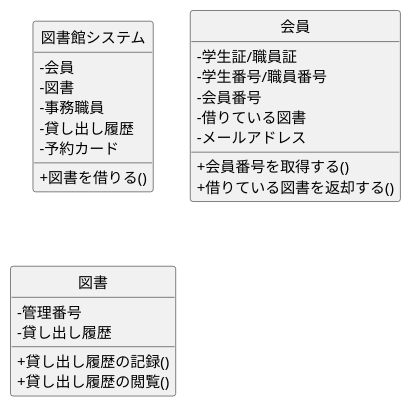
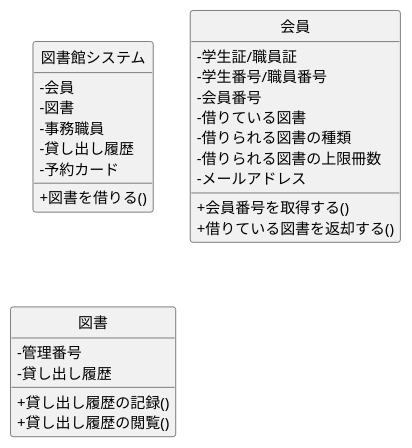
The diagram in kouka/class.pu (FujikawaHirono0520/group3_1_dogdog), drawn with PlantUML before and after one commit.

Commit message:
制約の追記

```diff
--- a/kouka/class.pu
+++ b/kouka/class.pu
@@ -1,35 +1,37 @@
 @startuml 図書館システム-クラス図
 
 skinparam classAttributeIconSize 0
 hide circle
 
 class 図書館システム {
  -会員
  -図書
  -事務職員
  -貸し出し履歴
  -予約カード
 
  +図書を借りる()
 }
 
 class 会員 {
  -学生証/職員証
  -学生番号/職員番号
  -会員番号
  -借りている図書
+ -借りられる図書の種類
+ -借りられる図書の上限冊数
  -メールアドレス
 
  +会員番号を取得する()
  +借りている図書を返却する()
 }
 
 class 図書 {
  -管理番号
  -貸し出し履歴
 
  +貸し出し履歴の記録()
  +貸し出し履歴の閲覧()
 }
 
 @enduml
```
